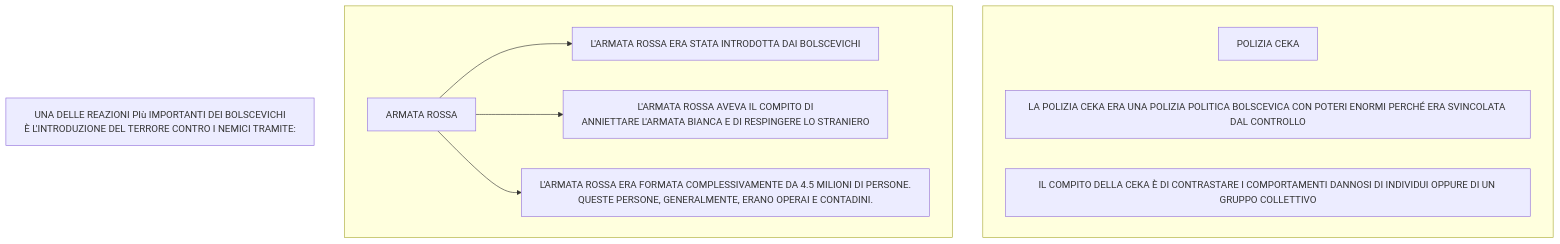
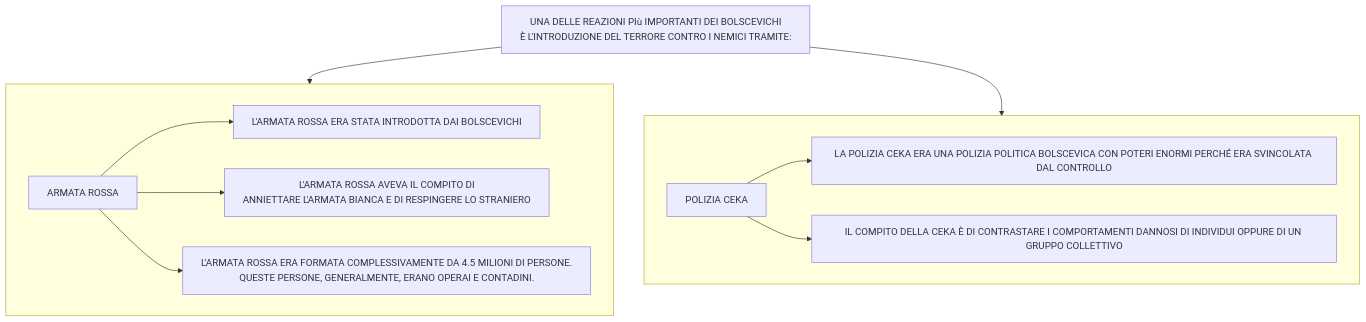
One commit to Laaouatni/ricerca-storia-MermaidJS changed the eighth of 8 diagrams in stalinismoRiscrittura.md. Above: the diagram before and after it, drawn with Mermaid.

````diff
--- a/stalinismoRiscrittura.md
+++ b/stalinismoRiscrittura.md
@@ -138,17 +138,19 @@
 ```mermaid
 %%{init: { "flowchart": { "wrappingWidth": 800 } }}%%
 flowchart TB
   0[UNA DELLE REAZIONI PIù IMPORTANTI DEI BOLSCEVICHI <br> È L'INTRODUZIONE DEL TERRORE CONTRO I NEMICI TRAMITE:]
   subgraph 1[" "]
     10[ARMATA ROSSA]
     11[L'ARMATA ROSSA ERA STATA INTRODOTTA DAI BOLSCEVICHI]
     12[L'ARMATA ROSSA AVEVA IL COMPITO DI <br>ANNIETTARE L'ARMATA BIANCA E DI RESPINGERE LO STRANIERO]
     13[L'ARMATA ROSSA ERA FORMATA COMPLESSIVAMENTE DA 4.5 MILIONI DI PERSONE. <br> QUESTE PERSONE, GENERALMENTE, ERANO OPERAI E CONTADINI.]
     10 --> 11 & 12 & 13
   end
   subgraph 2[" "]
+    20 --> 21 & 22
     20[POLIZIA CEKA]
     21[LA POLIZIA CEKA ERA UNA POLIZIA POLITICA BOLSCEVICA CON POTERI ENORMI PERCHÉ ERA SVINCOLATA DAL CONTROLLO]
     22[IL COMPITO DELLA CEKA È DI CONTRASTARE I COMPORTAMENTI DANNOSI DI INDIVIDUI OPPURE DI UN GRUPPO COLLETTIVO]
   end
+  0 --> 1 & 2
 ```
````
